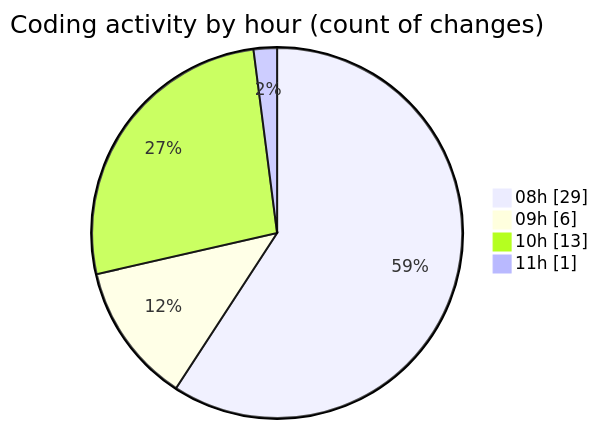
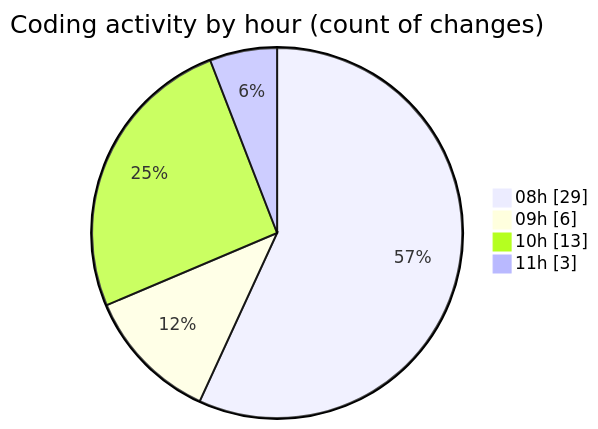
One commit to MatusMokan/code-tracking changed the second of 2 diagrams in 2025-04-20/myws__workspace_/README.md. Above: the diagram before and after it, drawn with Mermaid. The commit also changed other lines of this file and 1 other file, not shown here.

````diff
--- a/2025-04-20/myws__workspace_/README.md
+++ b/2025-04-20/myws__workspace_/README.md
@@ -29,8 +29,8 @@
 ```mermaid
 pie showData
 title Coding activity by hour (count of changes)
 "08h" : 29
 "09h" : 6
 "10h" : 13
-"11h" : 1
+"11h" : 3
 ```
````
